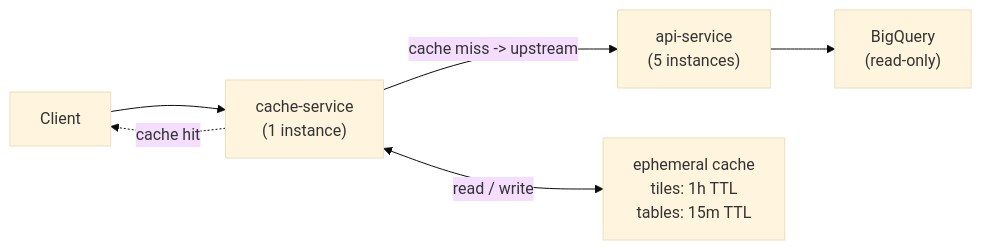
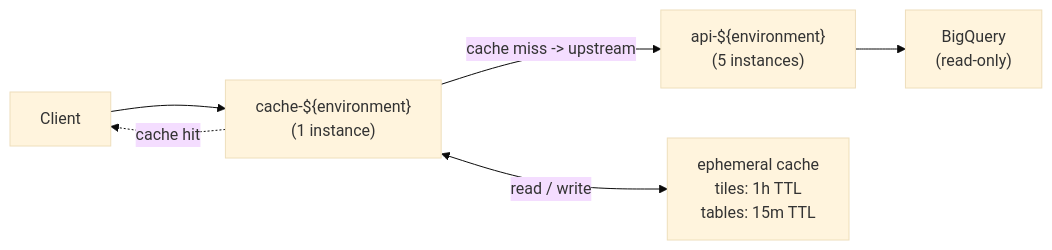
The diagram in SOLUTION.md (keyrm10/geospatial-api), drawn with Mermaid (base theme) before and after one commit. The commit also changed other lines of this file, not shown here.

````diff
--- a/SOLUTION.md
+++ b/SOLUTION.md
@@ -184,13 +198,13 @@
 ```mermaid
 flowchart LR
     Client[Client]
-    Proxy["cache-service<br/>(1 instance)"]
-    API["api-service<br/>(5 instances)"]
+    Proxy["cache-${environment}<br/>(1 instance)"]
+    API["api-${environment}<br/>(5 instances)"]
     BQ["BigQuery<br/>(read-only)"]
     Cache["ephemeral cache<br/>tiles: 1h TTL<br/>tables: 15m TTL"]
     Client --> Proxy
     Proxy -->|cache miss -> upstream| API
     API --> BQ
     Proxy <-->|read / write| Cache
     Proxy -.->|cache hit| Client
 ```
````
